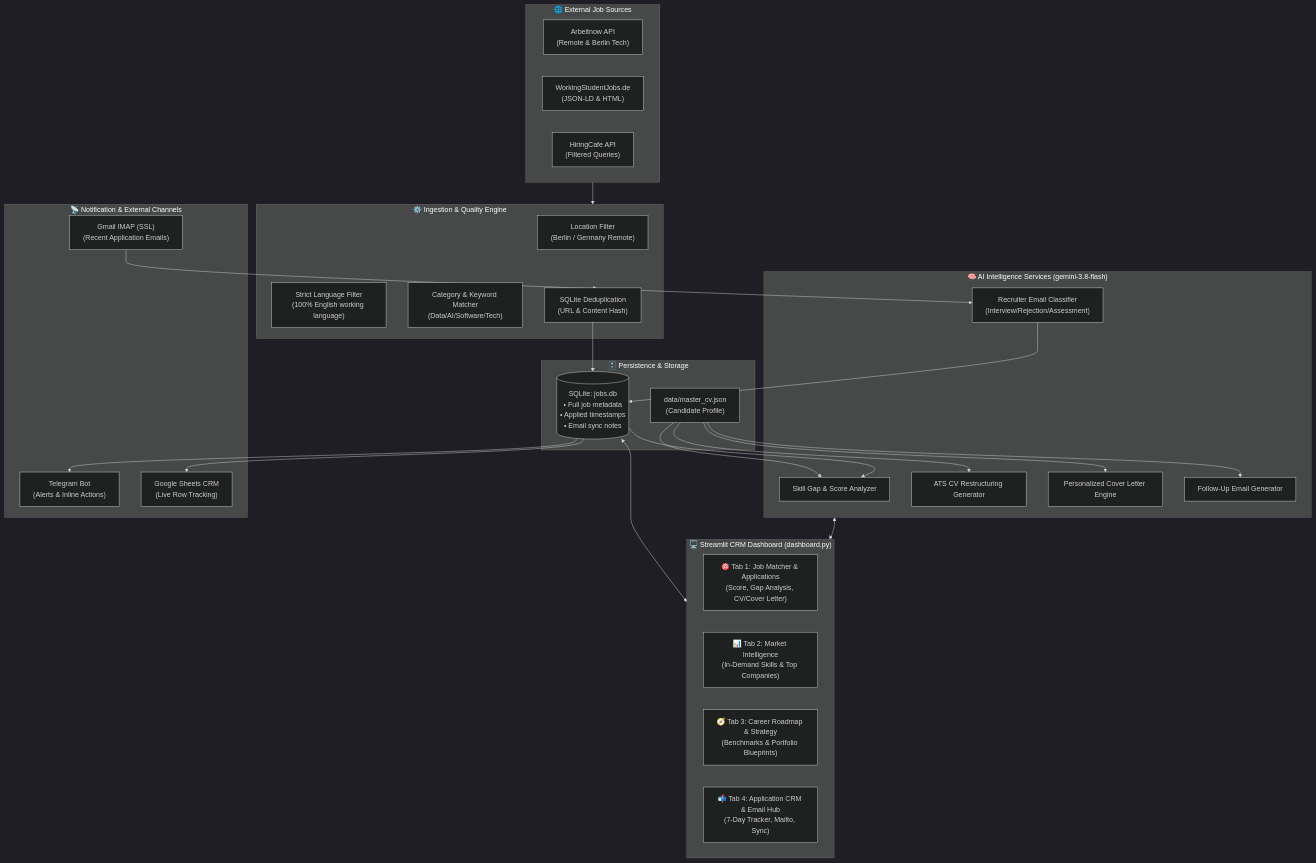
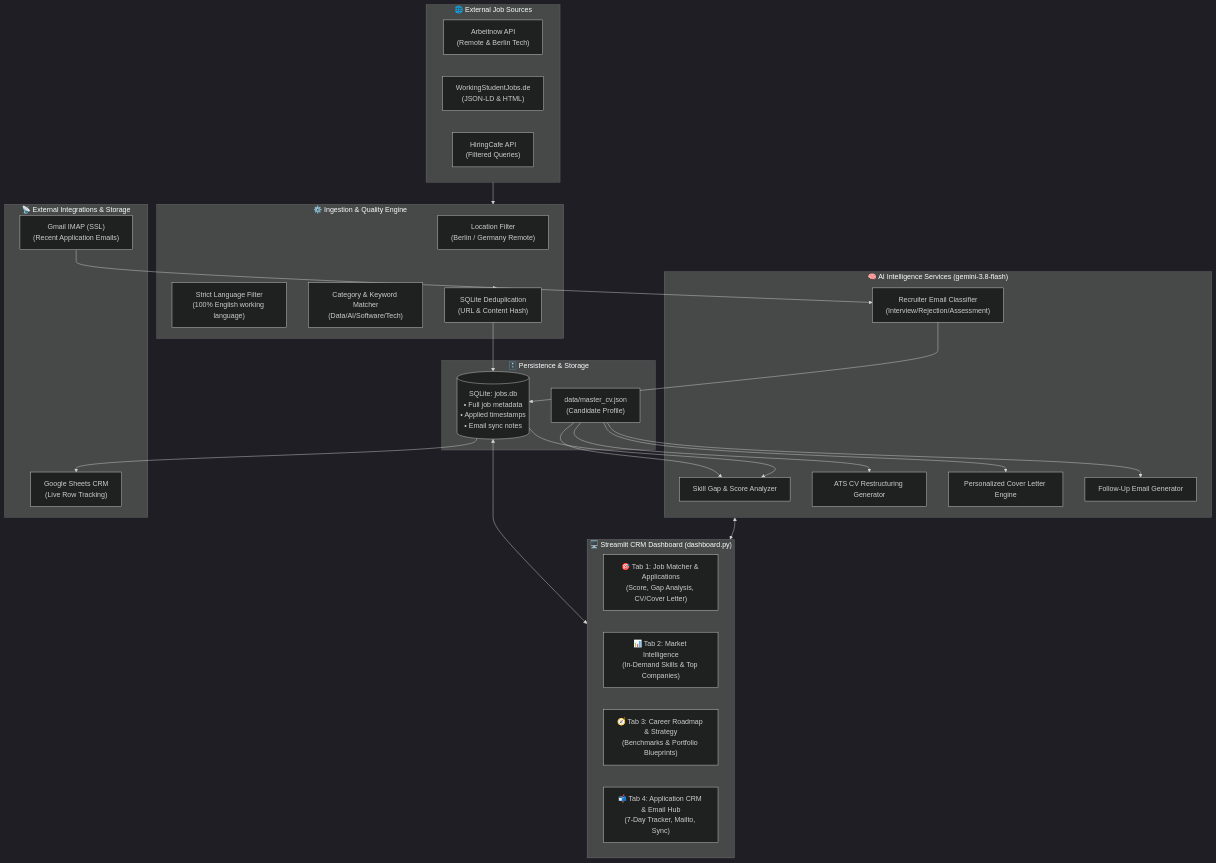
The first of 2 diagrams in architecture.md (hazaltasss/job-search-crm), drawn with Mermaid (dark theme) before and after one commit. The commit also changed 16 other files, not shown here.

Commit message:
refactor: remove Telegram bot integration across codebase and docs

````diff
--- a/architecture.md
+++ b/architecture.md
@@ -9,55 +9,53 @@
 ```mermaid
 graph TD
     subgraph Job_Sources["🌐 External Job Sources"]
         S1["Arbeitnow API<br/>(Remote & Berlin Tech)"]
         S2["WorkingStudentJobs.de<br/>(JSON-LD & HTML)"]
         S3["HiringCafe API<br/>(Filtered Queries)"]
     end
 
     subgraph Ingestion_Pipeline["⚙️ Ingestion & Quality Engine"]
         F1["Location Filter<br/>(Berlin / Germany Remote)"]
         F2["Strict Language Filter<br/>(100% English working language)"]
         F3["Category & Keyword Matcher<br/>(Data/AI/Software/Tech)"]
         DEDUP["SQLite Deduplication<br/>(URL & Content Hash)"]
     end
 
     subgraph Data_Layer["🗄️ Persistence & Storage"]
         DB[("SQLite: jobs.db<br/>• Full job metadata<br/>• Applied timestamps<br/>• Email sync notes")]
         CV["data/master_cv.json<br/>(Candidate Profile)"]
     end
 
     subgraph AI_Intelligence["🧠 AI Intelligence Services (gemini-3.8-flash)"]
         AI1["Skill Gap & Score Analyzer"]
         AI2["ATS CV Restructuring Generator"]
         AI3["Personalized Cover Letter Engine"]
         AI4["Follow-Up Email Generator"]
         AI5["Recruiter Email Classifier<br/>(Interview/Rejection/Assessment)"]
     end
 
     subgraph Application_UI["🖥️ Streamlit CRM Dashboard (dashboard.py)"]
         TAB1["🎯 Tab 1: Job Matcher & Applications<br/>(Score, Gap Analysis, CV/Cover Letter)"]
         TAB2["📊 Tab 2: Market Intelligence<br/>(In-Demand Skills & Top Companies)"]
         TAB3["🧭 Tab 3: Career Roadmap & Strategy<br/>(Benchmarks & Portfolio Blueprints)"]
         TAB4["📬 Tab 4: Application CRM & Email Hub<br/>(7-Day Tracker, Mailto, Sync)"]
     end
 
-    subgraph Sync_Channels["📡 Notification & External Channels"]
-        TG["Telegram Bot<br/>(Alerts & Inline Actions)"]
+    subgraph Sync_Channels["📡 External Integrations & Storage"]
         GS["Google Sheets CRM<br/>(Live Row Tracking)"]
         GMAIL["Gmail IMAP (SSL)<br/>(Recent Application Emails)"]
     end
 
     Job_Sources --> Ingestion_Pipeline
     Ingestion_Pipeline --> DEDUP
     DEDUP --> DB
     DB <--> Application_UI
     CV --> AI1
     CV --> AI2
     CV --> AI3
     CV --> AI4
     DB --> AI1
     AI_Intelligence <--> Application_UI
     GMAIL --> AI5 --> DB
-    DB --> TG
     DB --> GS
 ```
````
